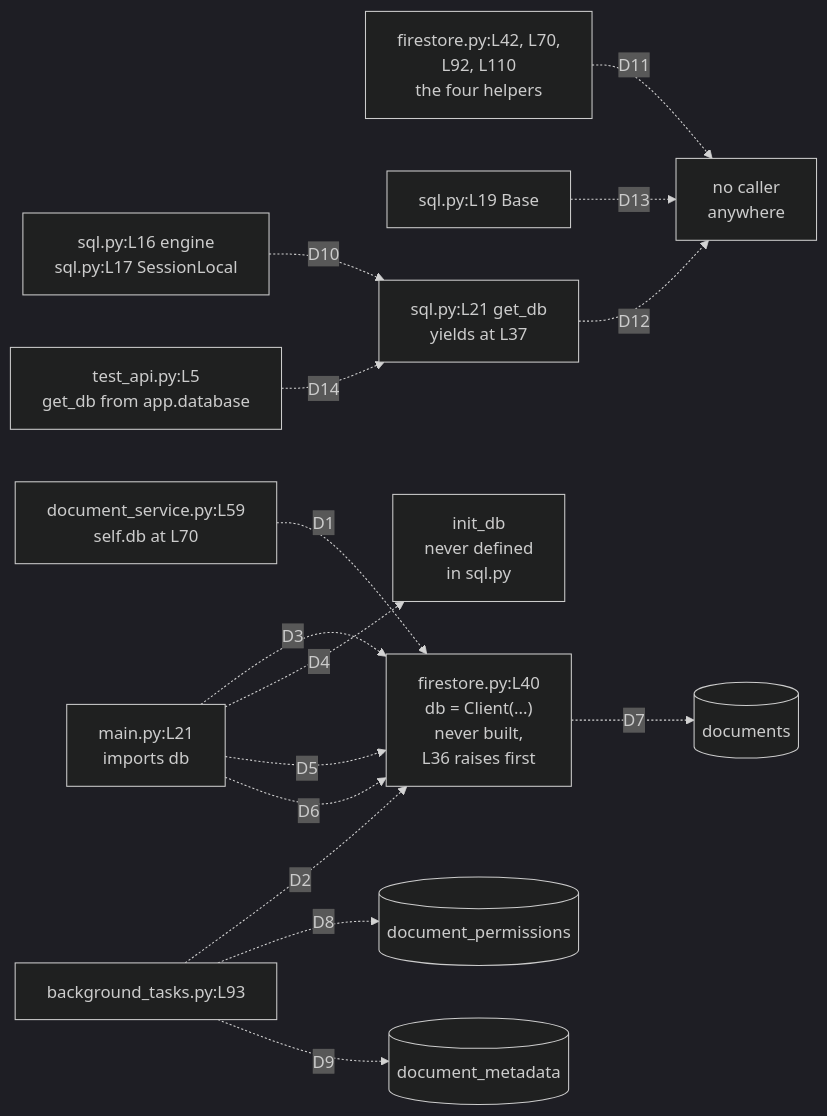
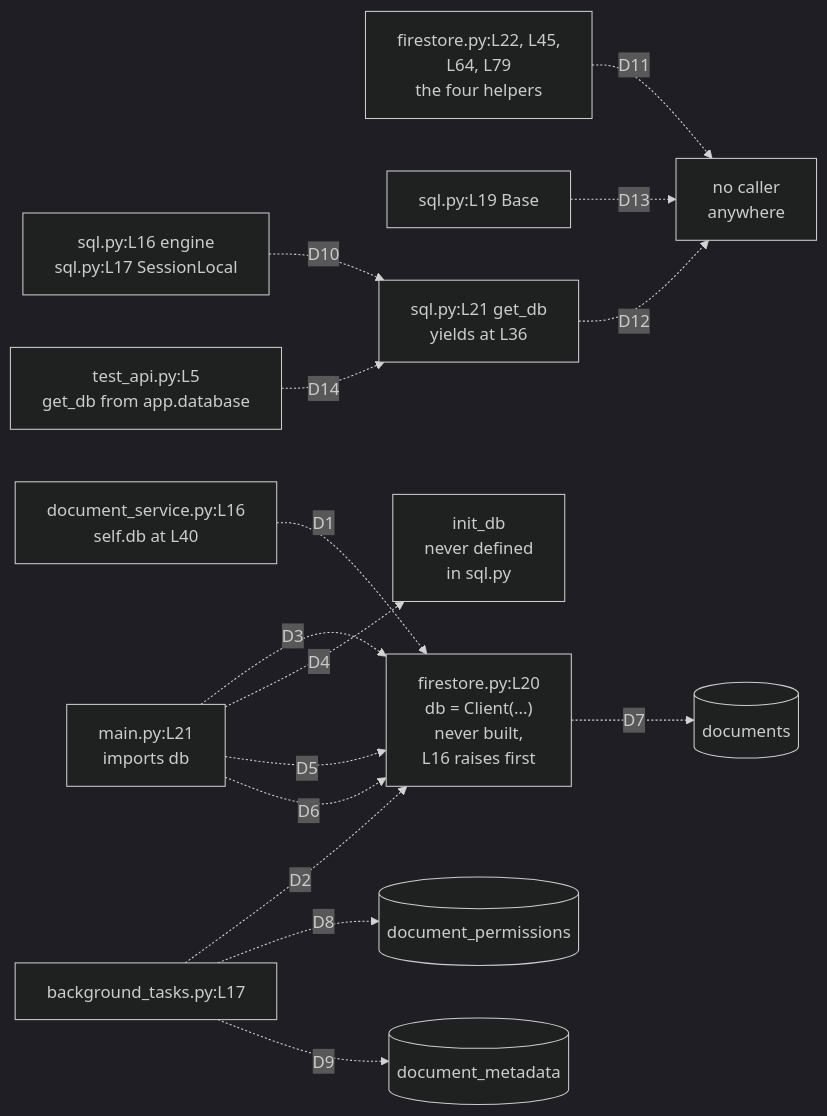
One commit to blitzy-public-samples/microsoft-word-u33ko0 changed the diagram in backend/app/db/README.md. Above: the diagram before and after it, drawn with Mermaid (dark theme). The commit also changed other lines of this file and 69 other files, not shown here.

````diff
--- a/backend/app/db/README.md
+++ b/backend/app/db/README.md
@@ -102,38 +104,38 @@
 ```mermaid
 graph LR
     accTitle: The live Firestore path and the dead SQLAlchemy path
     accDescr: Every edge is dashed because no relationship in this module resolves. Consumers on the left hold the Firestore client directly, the client itself is never constructed, and the SQLAlchemy declarations reach no caller. Every edge carries a key resolved in the table below the diagram.
-    DSVC["document_service.py:L59<br/>self.db at L70"]
-    TASKS["background_tasks.py:L93"]
+    DSVC["document_service.py:L16<br/>self.db at L40"]
+    TASKS["background_tasks.py:L17"]
     MAIN["main.py:L21<br/>imports db"]
-    HELPERS["firestore.py:L42, L70,<br/>L92, L110<br/>the four helpers"]
+    HELPERS["firestore.py:L22, L45,<br/>L64, L79<br/>the four helpers"]
     SQLBOOT["sql.py:L16 engine<br/>sql.py:L17 SessionLocal"]
     BASE["sql.py:L19 Base"]
     TEST["test_api.py:L5<br/>get_db from app.database"]
 
-    CLIENT["firestore.py:L40<br/>db = Client(...)<br/>never built,<br/>L36 raises first"]
-    GETDB["sql.py:L21 get_db<br/>yields at L37"]
+    CLIENT["firestore.py:L20<br/>db = Client(...)<br/>never built,<br/>L16 raises first"]
+    GETDB["sql.py:L21 get_db<br/>yields at L36"]
     INITDB["init_db<br/>never defined<br/>in sql.py"]
     DEAD["no caller<br/>anywhere"]
 
     DOCS[("documents")]
     PERMS[("document_permissions")]
     META[("document_metadata")]
 
     DSVC -.->|"D1"| CLIENT
     TASKS -.->|"D2"| CLIENT
     MAIN -.->|"D3"| CLIENT
     MAIN -.->|"D4"| INITDB
     MAIN -.->|"D5"| CLIENT
     MAIN -.->|"D6"| CLIENT
     CLIENT -.->|"D7"| DOCS
     TASKS -.->|"D8"| PERMS
     TASKS -.->|"D9"| META
     SQLBOOT -.->|"D10"| GETDB
     HELPERS -.->|"D11"| DEAD
     GETDB -.->|"D12"| DEAD
     BASE -.->|"D13"| DEAD
     TEST -.->|"D14"| GETDB
 
 %% Every edge is dashed: no request-to-database path executes as committed.
 ```
````
